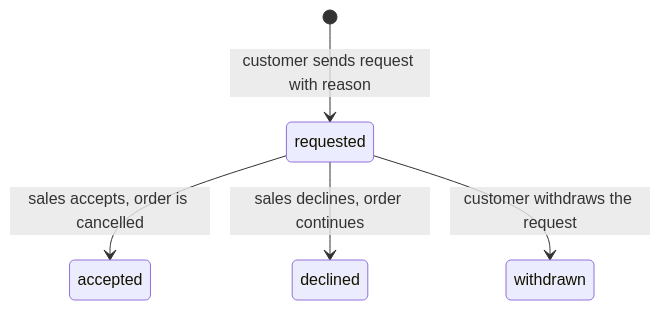
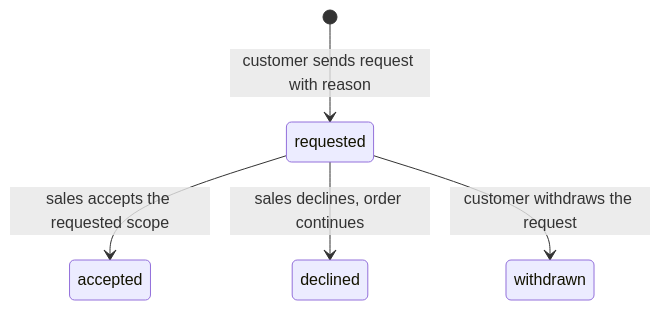
One commit to SoltuneMontepre/medilab changed the second of 3 diagrams in docs/functional/ecommerce_module/features/customer.md. Above: the diagram before and after it, drawn with Mermaid. The commit also changed other lines of this file and 30 other files, not shown here.

````diff
--- a/docs/functional/ecommerce_module/features/customer.md
+++ b/docs/functional/ecommerce_module/features/customer.md
@@ -182,7 +190,7 @@
 ```mermaid
 stateDiagram-v2
     [*] --> requested: customer sends request with reason
-    requested --> accepted: sales accepts, order is cancelled
+    requested --> accepted: sales accepts the requested scope
     requested --> declined: sales declines, order continues
     requested --> withdrawn: customer withdraws the request
 ```
````
